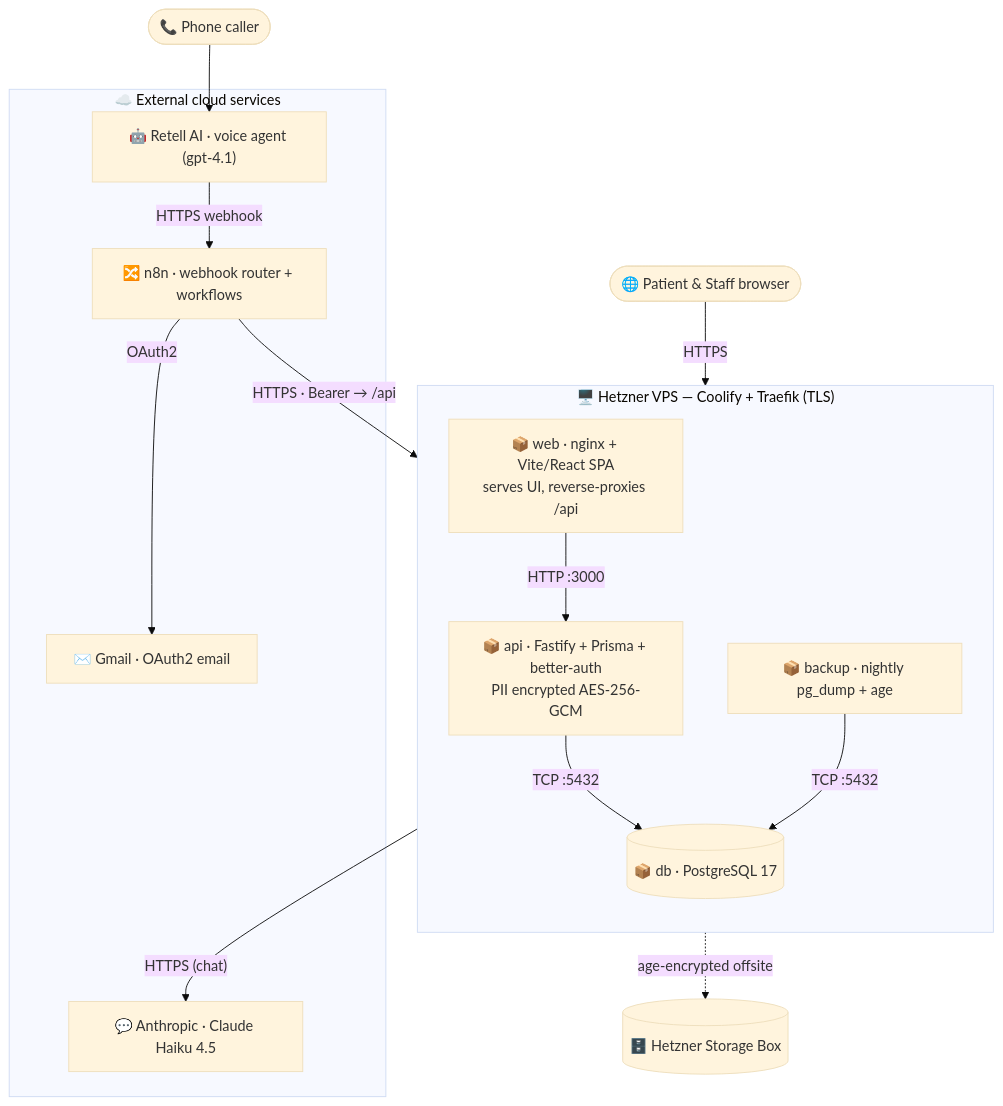
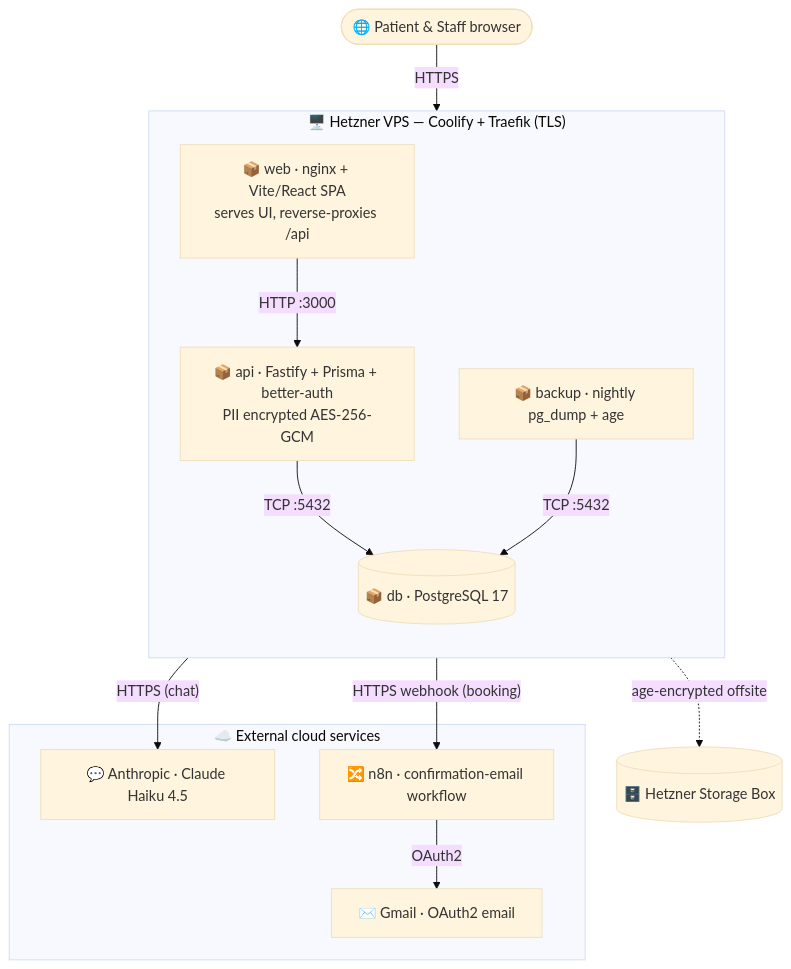
The third of 3 diagrams in docs/user-guide.md (hbela/sunshine-dental), drawn with Mermaid (base theme) before and after one commit. The commit also changed other lines of this file and 103 other files, not shown here.

````diff
--- a/docs/user-guide.md
+++ b/docs/user-guide.md
@@ -227,29 +210,26 @@
 ```mermaid
 flowchart TB
     browser(["🌐 Patient & Staff browser"]) -->|HTTPS| web
-    phone(["📞 Phone caller"]) --> retell
 
     subgraph vps["🖥️ Hetzner VPS — Coolify + Traefik (TLS)"]
         direction TB
         web["📦 web · nginx + Vite/React SPA<br/>serves UI, reverse-proxies /api"]
         api["📦 api · Fastify + Prisma + better-auth<br/>PII encrypted AES-256-GCM"]
         db[("📦 db · PostgreSQL 17")]
         backup["📦 backup · nightly pg_dump + age"]
         web -->|"HTTP :3000"| api
         api -->|"TCP :5432"| db
         backup -->|"TCP :5432"| db
     end
 
     subgraph cloud["☁️ External cloud services"]
-        retell["🤖 Retell AI · voice agent (gpt-4.1)"]
-        n8n["🔀 n8n · webhook router + workflows"]
         anthropic["💬 Anthropic · Claude Haiku 4.5"]
+        n8n["🔀 n8n · confirmation-email workflow"]
         gmail["✉️ Gmail · OAuth2 email"]
     end
 
-    retell -->|HTTPS webhook| n8n
-    n8n -->|"HTTPS · Bearer → /api"| web
     api -->|"HTTPS (chat)"| anthropic
+    api -->|"HTTPS webhook (booking)"| n8n
     n8n -->|OAuth2| gmail
     backup -.->|age-encrypted offsite| storagebox[("🗄️ Hetzner Storage Box")]
 ```
````
